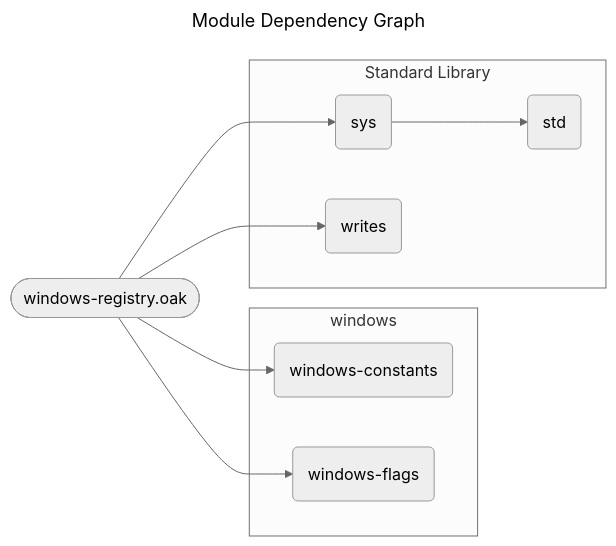
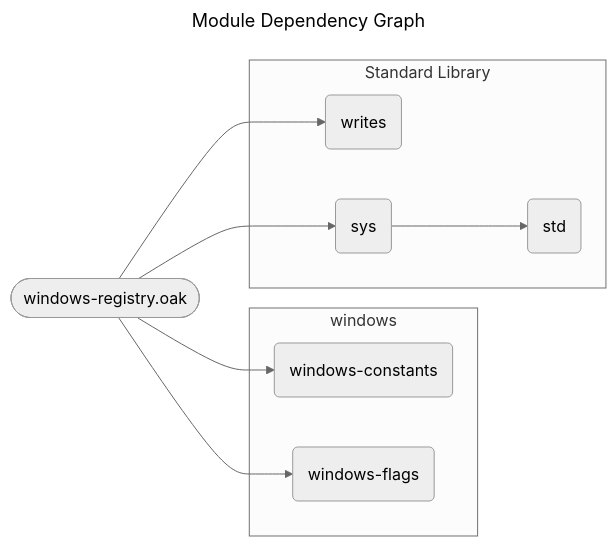
The diagram in docs/spec/windows-registry.mmd (SpcFORK/magnolia), drawn with Mermaid (neutral theme) before and after one commit. The commit also changed other lines of this file and 156 other files, not shown here.

```diff
--- a/docs/spec/windows-registry.mmd
+++ b/docs/spec/windows-registry.mmd
@@ -1,19 +1,19 @@
 ---
 title: Module Dependency Graph
 ---
 flowchart LR
     lib_windows_registry_oak(["windows-registry.oak"])
     subgraph stdlib_windows ["windows"]
         windows_constants("windows-constants")
         windows_flags("windows-flags")
     end
     subgraph stdlib_core ["Standard Library"]
+        writes("writes")
         sys("sys")
         std("std")
-        writes("writes")
     end
     lib_windows_registry_oak --> sys
     lib_windows_registry_oak --> writes
     lib_windows_registry_oak --> windows_constants
     lib_windows_registry_oak --> windows_flags
     sys --> std
```
